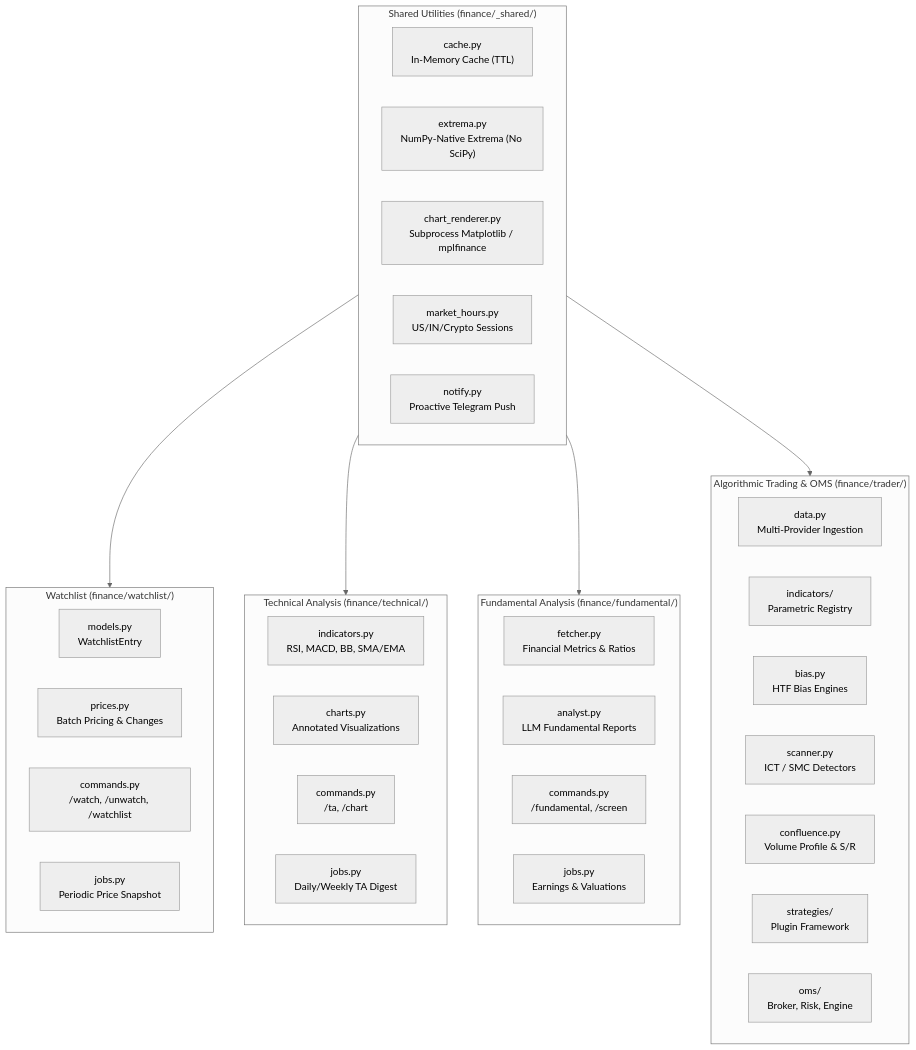
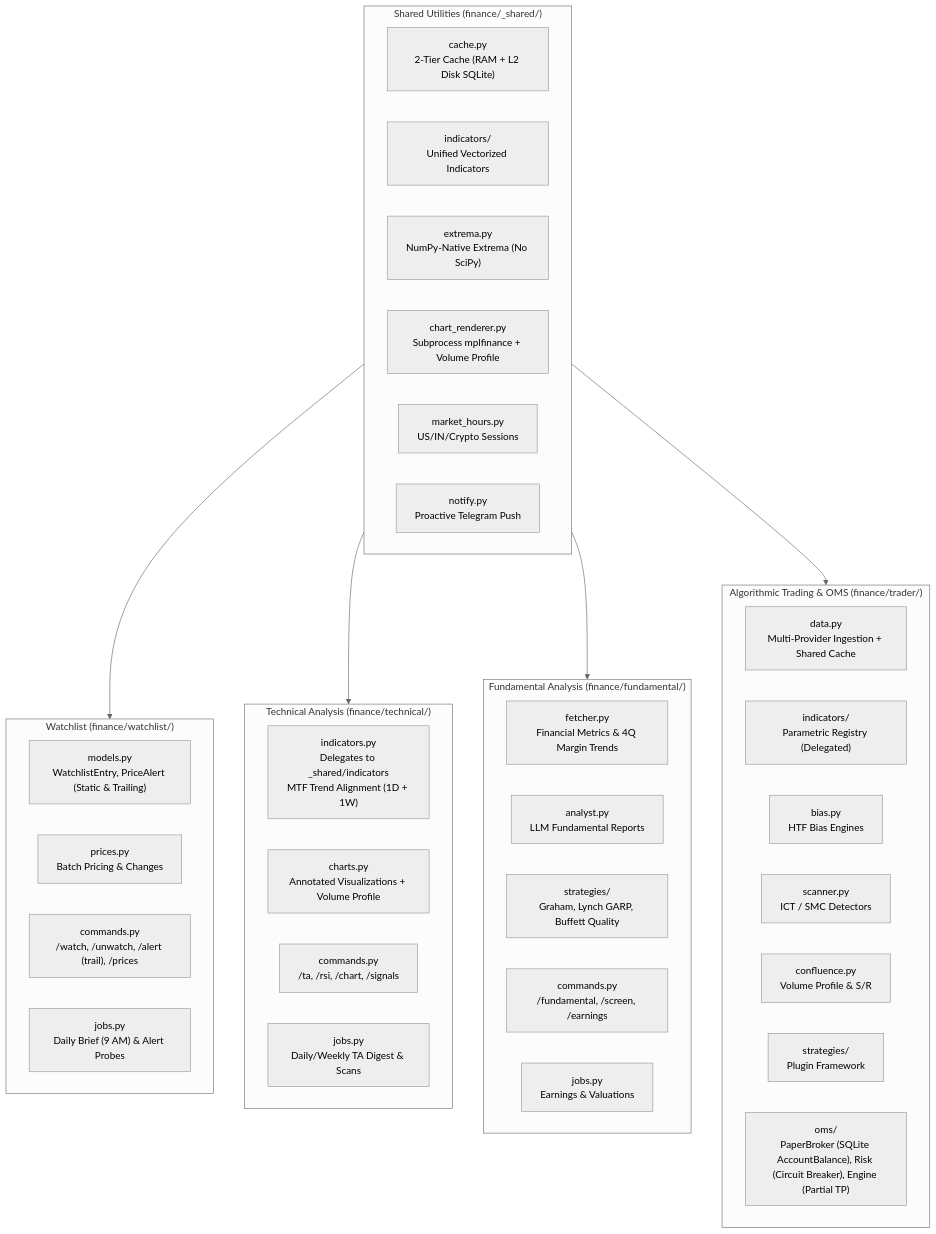
Before and after one commit to bash07/basheer.net: the second of 2 diagrams in automation/app/SYSTEM_ARCHITECTURE.md, drawn with Mermaid (neutral theme). The commit also changed other lines of this file and 40 other files, not shown here.

First line of the commit message:
feat(finance): implement phases 1-4 architectural & analytical improvements

````diff
--- a/automation/app/SYSTEM_ARCHITECTURE.md
+++ b/automation/app/SYSTEM_ARCHITECTURE.md
@@ -63,46 +63,48 @@
 ```mermaid
 flowchart TD
     subgraph FinanceShared["Shared Utilities (finance/_shared/)"]
-        CACHE["cache.py\nIn-Memory Cache (TTL)"]
+        CACHE["cache.py\n2-Tier Cache (RAM + L2 Disk SQLite)"]
+        IND_CORE["indicators/\nUnified Vectorized Indicators"]
         EXTREMA["extrema.py\nNumPy-Native Extrema (No SciPy)"]
-        CHART["chart_renderer.py\nSubprocess Matplotlib / mplfinance"]
+        CHART["chart_renderer.py\nSubprocess mplfinance + Volume Profile"]
         HOURS["market_hours.py\nUS/IN/Crypto Sessions"]
         NOTIFY["notify.py\nProactive Telegram Push"]
     end
 
     subgraph WatchlistSub["Watchlist (finance/watchlist/)"]
-        W_MOD["models.py\nWatchlistEntry"]
+        W_MOD["models.py\nWatchlistEntry, PriceAlert (Static & Trailing)"]
         W_PRC["prices.py\nBatch Pricing & Changes"]
-        W_CMD["commands.py\n/watch, /unwatch, /watchlist"]
-        W_JOB["jobs.py\nPeriodic Price Snapshot"]
+        W_CMD["commands.py\n/watch, /unwatch, /alert (trail), /prices"]
+        W_JOB["jobs.py\nDaily Brief (9 AM) & Alert Probes"]
     end
 
     subgraph TechnicalSub["Technical Analysis (finance/technical/)"]
-        T_IND["indicators.py\nRSI, MACD, BB, SMA/EMA"]
-        T_CHT["charts.py\nAnnotated Visualizations"]
-        T_CMD["commands.py\n/ta, /chart"]
-        T_JOB["jobs.py\nDaily/Weekly TA Digest"]
+        T_IND["indicators.py\nDelegates to _shared/indicators\nMTF Trend Alignment (1D + 1W)"]
+        T_CHT["charts.py\nAnnotated Visualizations + Volume Profile"]
+        T_CMD["commands.py\n/ta, /rsi, /chart, /signals"]
+        T_JOB["jobs.py\nDaily/Weekly TA Digest & Scans"]
     end
 
     subgraph FundamentalSub["Fundamental Analysis (finance/fundamental/)"]
-        F_FET["fetcher.py\nFinancial Metrics & Ratios"]
+        F_FET["fetcher.py\nFinancial Metrics & 4Q Margin Trends"]
         F_ANA["analyst.py\nLLM Fundamental Reports"]
-        F_CMD["commands.py\n/fundamental, /screen"]
+        F_STR["strategies/\nGraham, Lynch GARP, Buffett Quality"]
+        F_CMD["commands.py\n/fundamental, /screen, /earnings"]
         F_JOB["jobs.py\nEarnings & Valuations"]
     end
 
     subgraph TraderSub["Algorithmic Trading & OMS (finance/trader/)"]
-        DATA["data.py\nMulti-Provider Ingestion"]
-        IND["indicators/\nParametric Registry"]
+        DATA["data.py\nMulti-Provider Ingestion + Shared Cache"]
+        IND["indicators/\nParametric Registry (Delegated)"]
         BIAS["bias.py\nHTF Bias Engines"]
         SCAN["scanner.py\nICT / SMC Detectors"]
         CONF["confluence.py\nVolume Profile & S/R"]
         STRAT["strategies/\nPlugin Framework"]
-        OMS["oms/\nBroker, Risk, Engine"]
+        OMS["oms/\nPaperBroker (SQLite AccountBalance), Risk (Circuit Breaker), Engine (Partial TP)"]
     end
 
     FinanceShared --> WatchlistSub
     FinanceShared --> TechnicalSub
     FinanceShared --> FundamentalSub
     FinanceShared --> TraderSub
 ```
````
